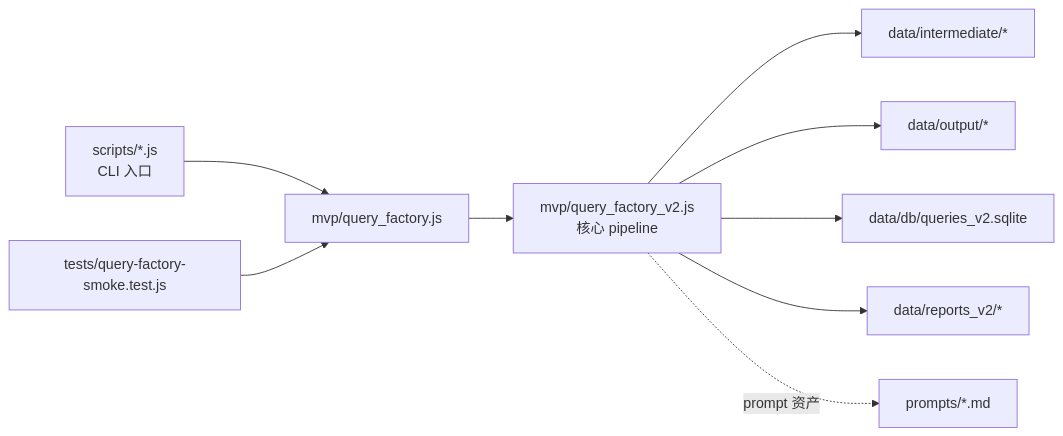
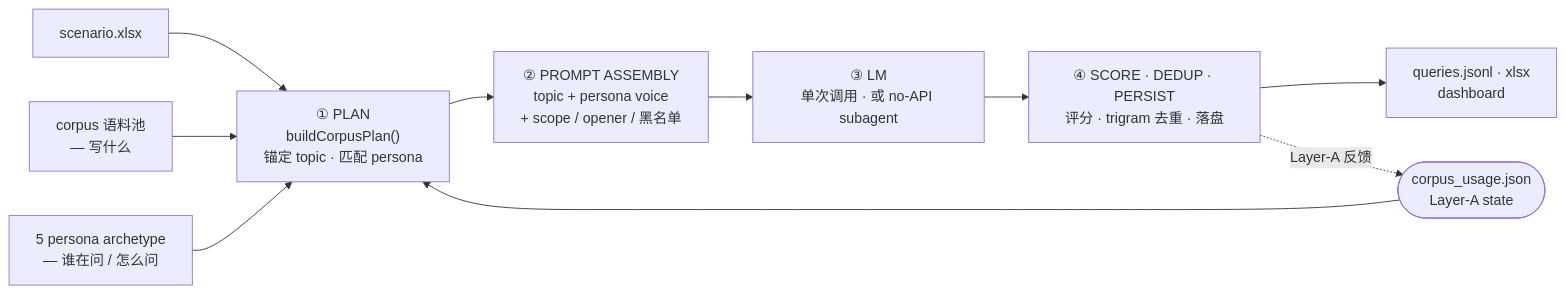
One commit to PlevanTem/queryMaker changed the diagram in README.md. Above: the diagram before and after it, drawn with Mermaid. The commit also changed other lines of this file, not shown here.

````diff
--- a/README.md
+++ b/README.md
@@ -412,11 +141,12 @@
 ```mermaid
 flowchart LR
-    A["scripts/*.js<br/>CLI 入口"] --> B["mvp/query_factory.js"]
-    B --> C["mvp/query_factory_v2.js<br/>核心 pipeline"]
-    C --> D["data/intermediate/*"]
-    C --> E["data/output/*"]
-    C --> F["data/db/queries_v2.sqlite"]
-    C --> G["data/reports_v2/*"]
-    C -. prompt 资产 .-> H["prompts/*.md"]
-    T["tests/query-factory-smoke.test.js"] --> B
+    X["scenario.xlsx"] --> S1
+    C["corpus 语料池<br/>— 写什么"] --> S1
+    P["5 persona archetype<br/>— 谁在问 / 怎么问"] --> S1
+    U(["corpus_usage.json<br/>Layer-A state"]) --> S1
+    S1["① PLAN<br/>buildCorpusPlan()<br/>锚定 topic · 匹配 persona"] --> S2
+    S2["② PROMPT ASSEMBLY<br/>topic + persona voice<br/>+ scope / opener / 黑名单"] --> S3
+    S3["③ LM<br/>单次调用 · 或 no-API subagent"] --> S4
+    S4["④ SCORE · DEDUP · PERSIST<br/>评分 · trigram 去重 · 落盘"] --> O["queries.jsonl · xlsx<br/>dashboard"]
+    S4 -.Layer-A 反馈.-> U
 ```
````
